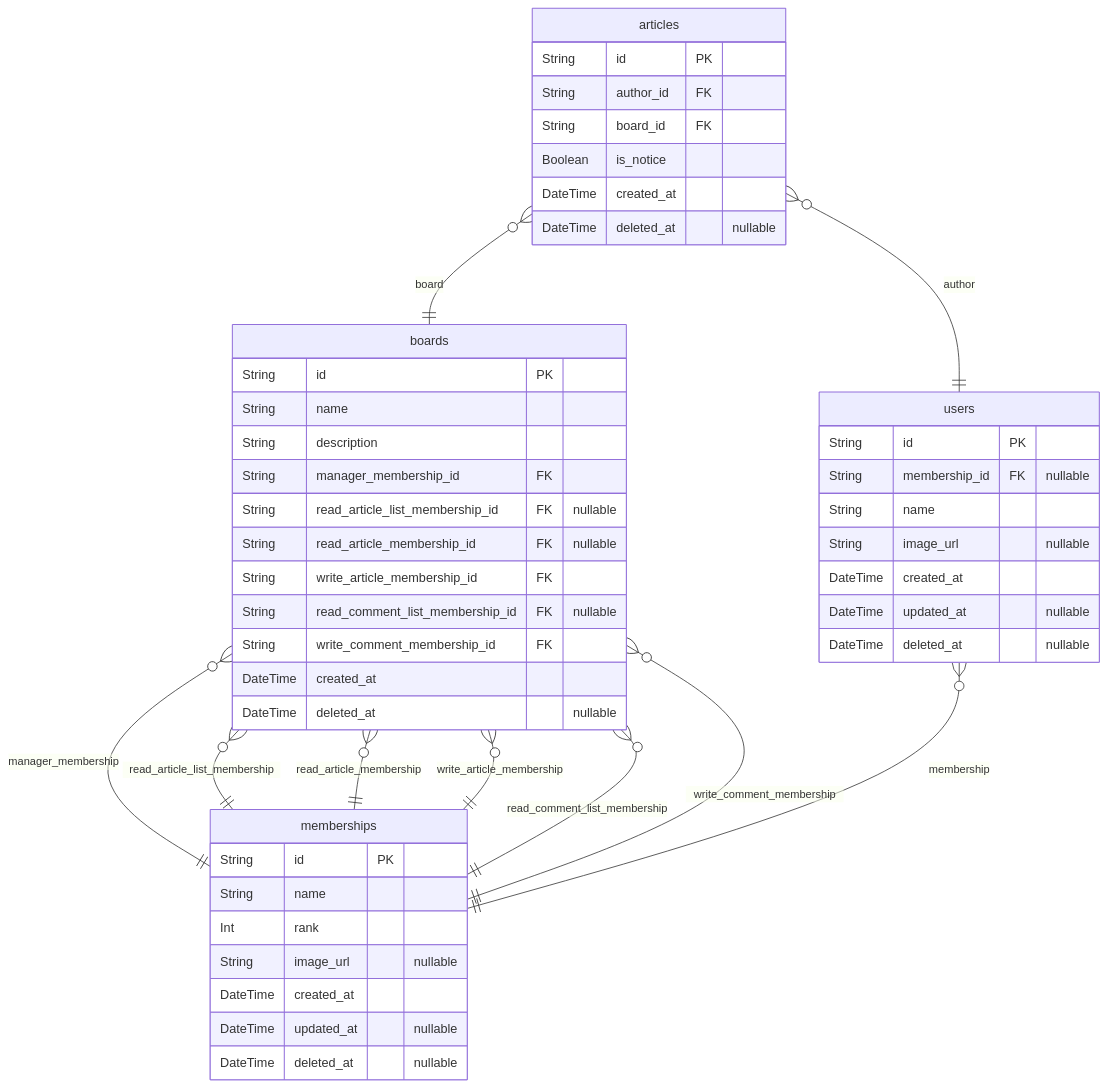
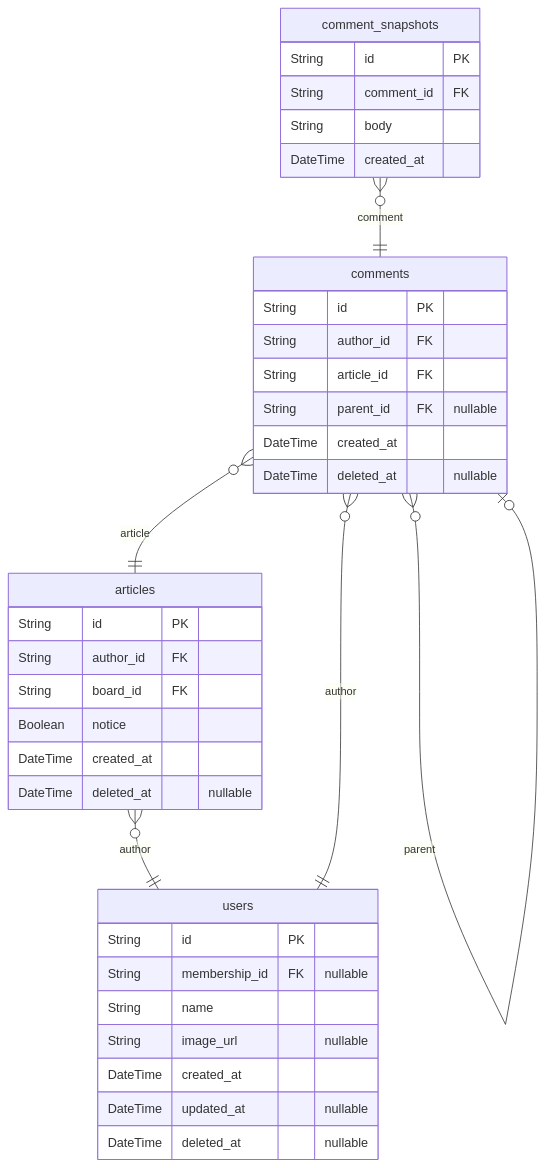
The second of 5 diagrams in ERD.md (rojiwon123/bbs), drawn with Mermaid before and after one commit. The commit also changed other lines of this file and 67 other files, not shown here.

````diff
--- a/ERD.md
+++ b/ERD.md
@@ -377,51 +339,39 @@
 ```mermaid
 erDiagram
 "articles" {
     String id PK
     String author_id FK
     String board_id FK
-    Boolean is_notice
+    Boolean notice
     DateTime created_at
     DateTime deleted_at "nullable"
 }
-"boards" {
+"comments" {
     String id PK
-    String name
-    String description
-    String manager_membership_id FK
-    String read_article_list_membership_id FK "nullable"
-    String read_article_membership_id FK "nullable"
-    String write_article_membership_id FK
-    String read_comment_list_membership_id FK "nullable"
-    String write_comment_membership_id FK
+    String author_id FK
+    String article_id FK
+    String parent_id FK "nullable"
     DateTime created_at
     DateTime deleted_at "nullable"
 }
-"memberships" {
+"comment_snapshots" {
     String id PK
-    String name
-    Int rank
-    String image_url "nullable"
+    String comment_id FK
+    String body
     DateTime created_at
-    DateTime updated_at "nullable"
-    DateTime deleted_at "nullable"
 }
 "users" {
     String id PK
     String membership_id FK "nullable"
     String name
     String image_url "nullable"
     DateTime created_at
     DateTime updated_at "nullable"
     DateTime deleted_at "nullable"
 }
 "articles" }o--|| "users" : author
-"articles" }o--|| "boards" : board
-"boards" }o--|| "memberships" : manager_membership
-"boards" }o--|| "memberships" : read_article_list_membership
-"boards" }o--|| "memberships" : read_article_membership
-"boards" }o--|| "memberships" : write_article_membership
-"boards" }o--|| "memberships" : read_comment_list_membership
-"boards" }o--|| "memberships" : write_comment_membership
-"users" }o--|| "memberships" : membership
+"comments" }o--|| "users" : author
+"comments" }o--|| "articles" : article
+"comments" }o--o| "comments" : parent
+"comment_snapshots" }o--|| "comments" : comment
 ```
````
